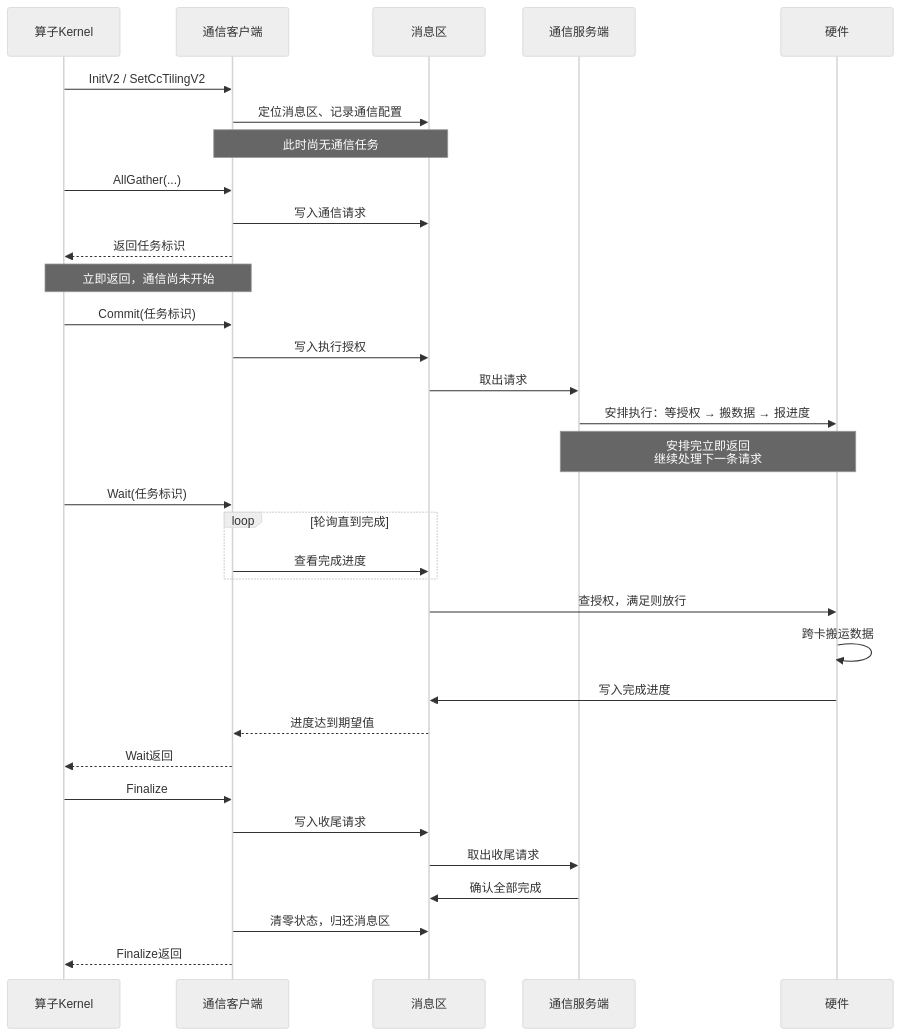
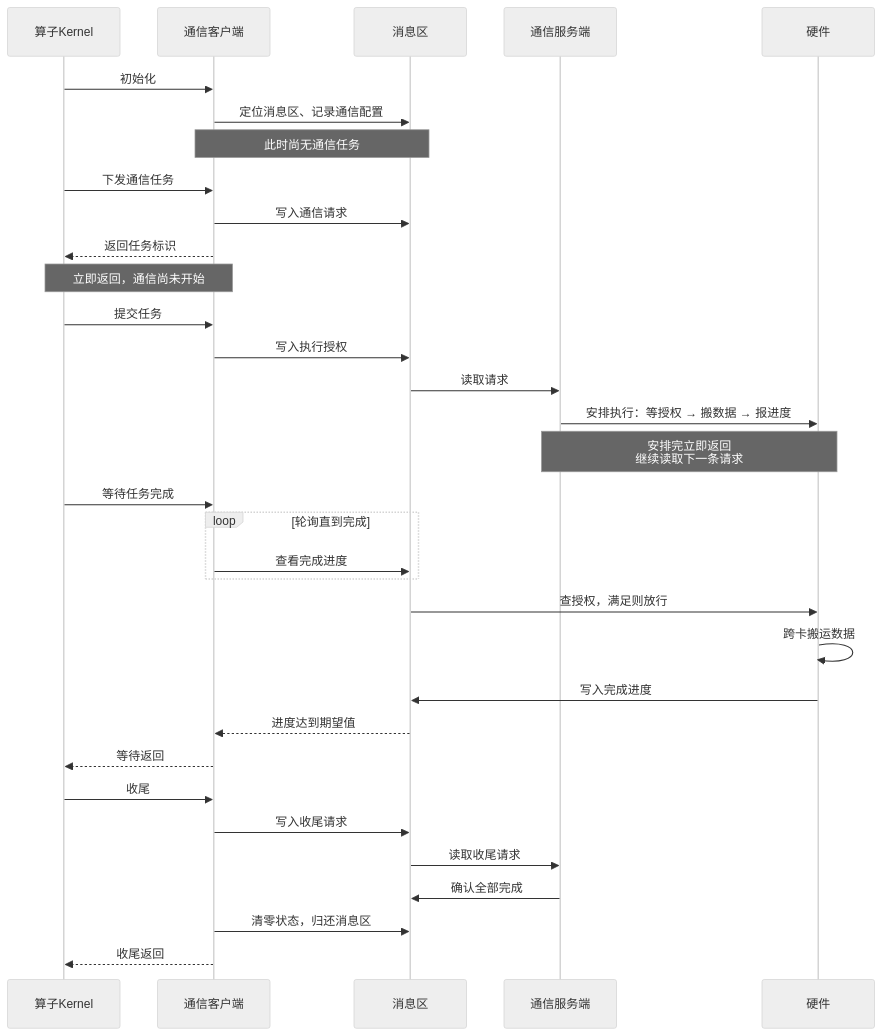
Before and after one commit to Atlas-Ascend-Fork/asc-comm: the third of 4 diagrams in docs/zh/编程模型/MC2编程模型/通信模型.md, drawn with Mermaid (neutral theme). The commit also changed other lines of this file and 1 other file, not shown here.

````diff
--- a/docs/zh/编程模型/MC2编程模型/通信模型.md
+++ b/docs/zh/编程模型/MC2编程模型/通信模型.md
@@ -154,42 +257,42 @@
 ```mermaid
 sequenceDiagram
     participant K as 算子Kernel
     participant C as 通信客户端
     participant M as 消息区
     participant S as 通信服务端
     participant H as 硬件
 
-    K->>C: InitV2 / SetCcTilingV2
+    K->>C: 初始化
     C->>M: 定位消息区、记录通信配置
     Note over C,M: 此时尚无通信任务
 
-    K->>C: AllGather(...)
+    K->>C: 下发通信任务
     C->>M: 写入通信请求
     C-->>K: 返回任务标识
     Note over C,K: 立即返回，通信尚未开始
 
-    K->>C: Commit(任务标识)
+    K->>C: 提交任务
     C->>M: 写入执行授权
 
-    M->>S: 取出请求
+    M->>S: 读取请求
     S->>H: 安排执行：等授权 → 搬数据 → 报进度
-    Note over S,H: 安排完立即返回<br/>继续处理下一条请求
+    Note over S,H: 安排完立即返回<br/>继续读取下一条请求
 
-    K->>C: Wait(任务标识)
+    K->>C: 等待任务完成
     loop 轮询直到完成
         C->>M: 查看完成进度
     end
 
     M->>H: 查授权，满足则放行
     H->>H: 跨卡搬运数据
     H->>M: 写入完成进度
     M-->>C: 进度达到期望值
-    C-->>K: Wait返回
+    C-->>K: 等待返回
 
-    K->>C: Finalize
+    K->>C: 收尾
     C->>M: 写入收尾请求
-    M->>S: 取出收尾请求
+    M->>S: 读取收尾请求
     S->>M: 确认全部完成
     C->>M: 清零状态，归还消息区
-    C-->>K: Finalize返回
+    C-->>K: 收尾返回
 ```
````
